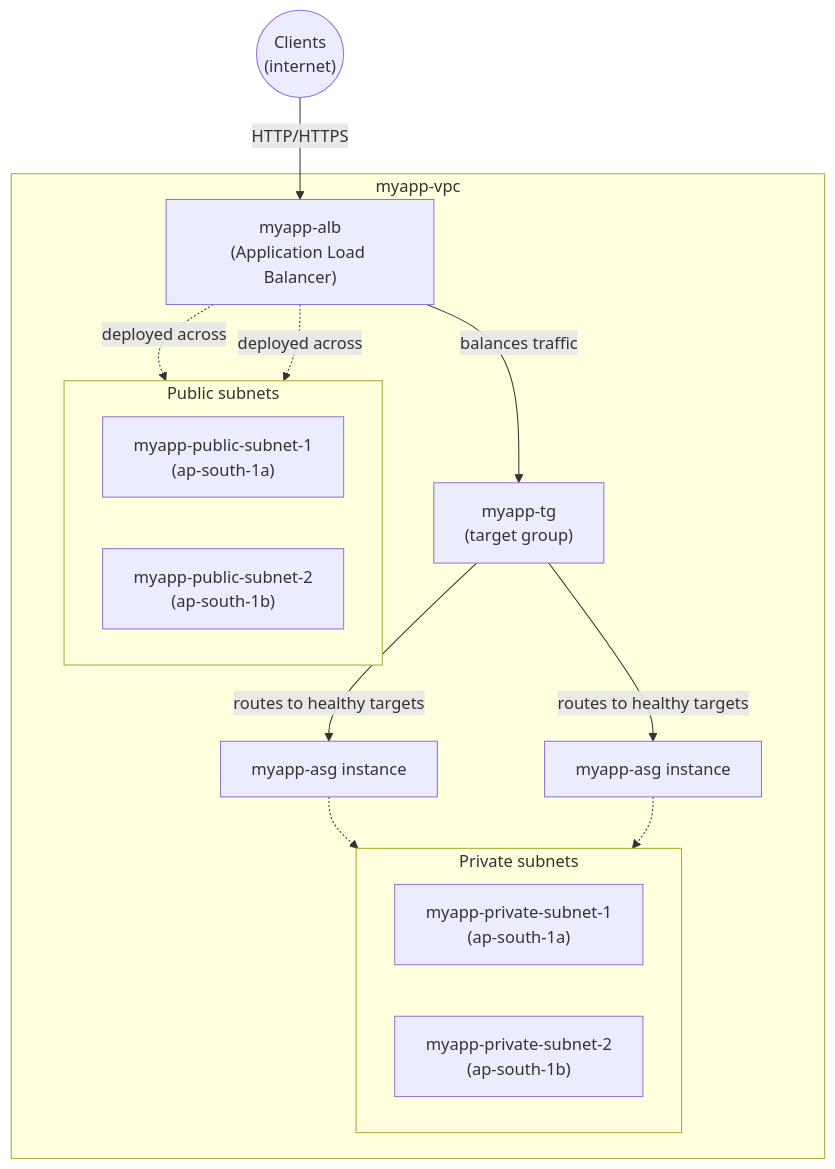
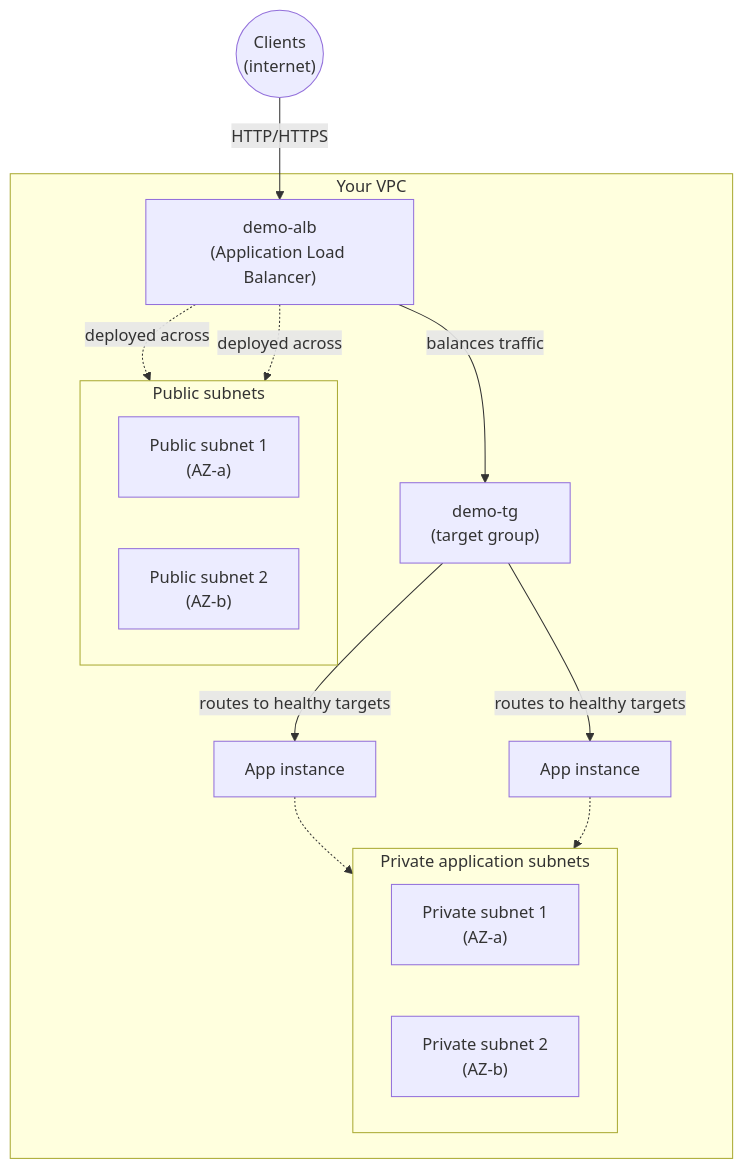
One commit to msdeepak052/AWS_Imp_Concepts changed the diagram in EC2/LoadBalancer/01-Introduction-to-Load-Balancing.md. Above: the diagram before and after it, drawn with Mermaid. The commit also changed other lines of this file and 66 other files, not shown here.

````diff
--- a/EC2/LoadBalancer/01-Introduction-to-Load-Balancing.md
+++ b/EC2/LoadBalancer/01-Introduction-to-Load-Balancing.md
@@ -72,28 +70,28 @@
 ```mermaid
 flowchart TD
     CLIENTS(("Clients<br/>(internet)"))
-    CLIENTS -->|"HTTP/HTTPS"| ALB["myapp-alb<br/>(Application Load Balancer)"]
+    CLIENTS -->|"HTTP/HTTPS"| ALB["demo-alb<br/>(Application Load Balancer)"]
 
-    subgraph VPC["myapp-vpc"]
+    subgraph VPC["Your VPC"]
         subgraph PUB["Public subnets"]
             direction LR
-            PUB1["myapp-public-subnet-1<br/>(ap-south-1a)"]
-            PUB2["myapp-public-subnet-2<br/>(ap-south-1b)"]
+            PUB1["Public subnet 1<br/>(AZ-a)"]
+            PUB2["Public subnet 2<br/>(AZ-b)"]
         end
         ALB -.->|"deployed across"| PUB1
         ALB -.->|"deployed across"| PUB2
 
-        ALB -->|"balances traffic"| TG["myapp-tg<br/>(target group)"]
+        ALB -->|"balances traffic"| TG["demo-tg<br/>(target group)"]
 
-        subgraph PRIV["Private subnets"]
+        subgraph PRIV["Private application subnets"]
             direction LR
-            PRIV1["myapp-private-subnet-1<br/>(ap-south-1a)"]
-            PRIV2["myapp-private-subnet-2<br/>(ap-south-1b)"]
+            PRIV1["Private subnet 1<br/>(AZ-a)"]
+            PRIV2["Private subnet 2<br/>(AZ-b)"]
         end
 
-        TG -->|"routes to healthy targets"| I1["myapp-asg instance"]
-        TG -->|"routes to healthy targets"| I2["myapp-asg instance"]
+        TG -->|"routes to healthy targets"| I1["App instance"]
+        TG -->|"routes to healthy targets"| I2["App instance"]
         I1 -.-> PRIV1
         I2 -.-> PRIV2
     end
 ```
````
